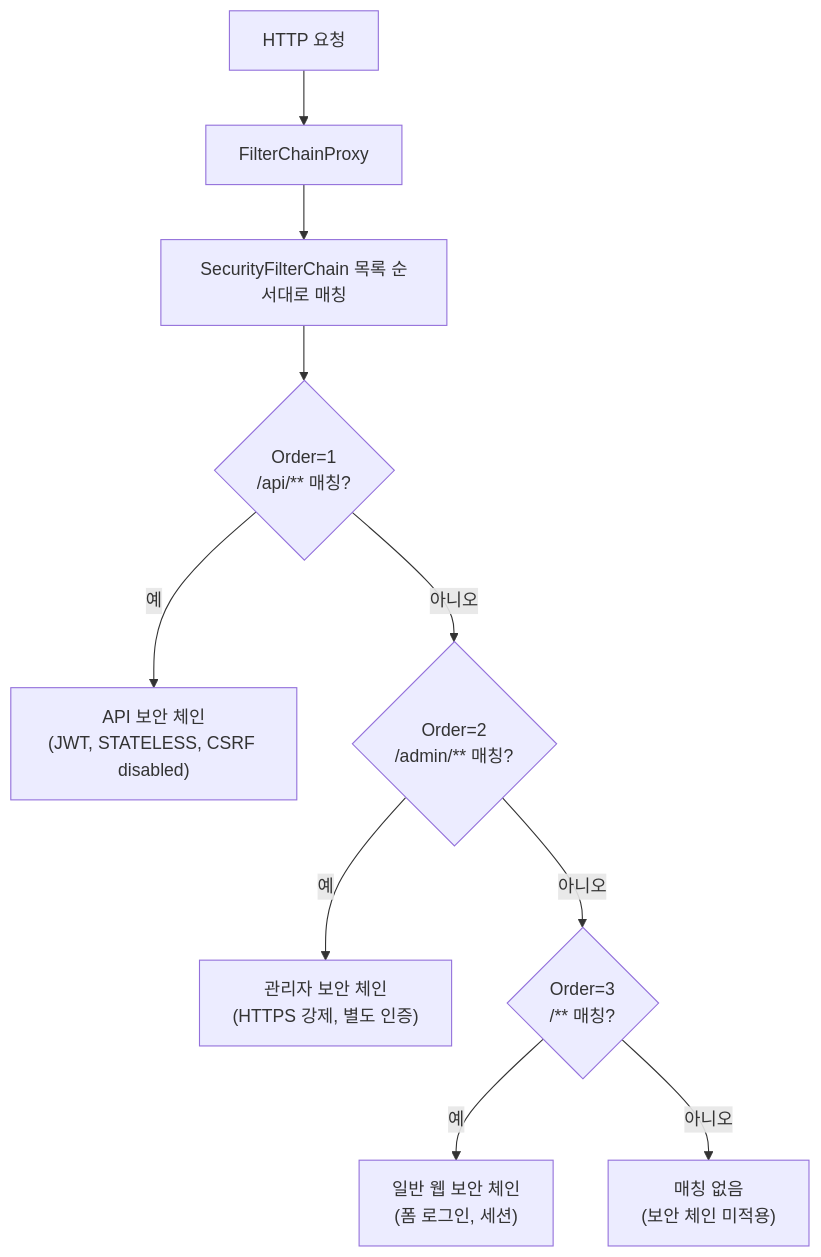
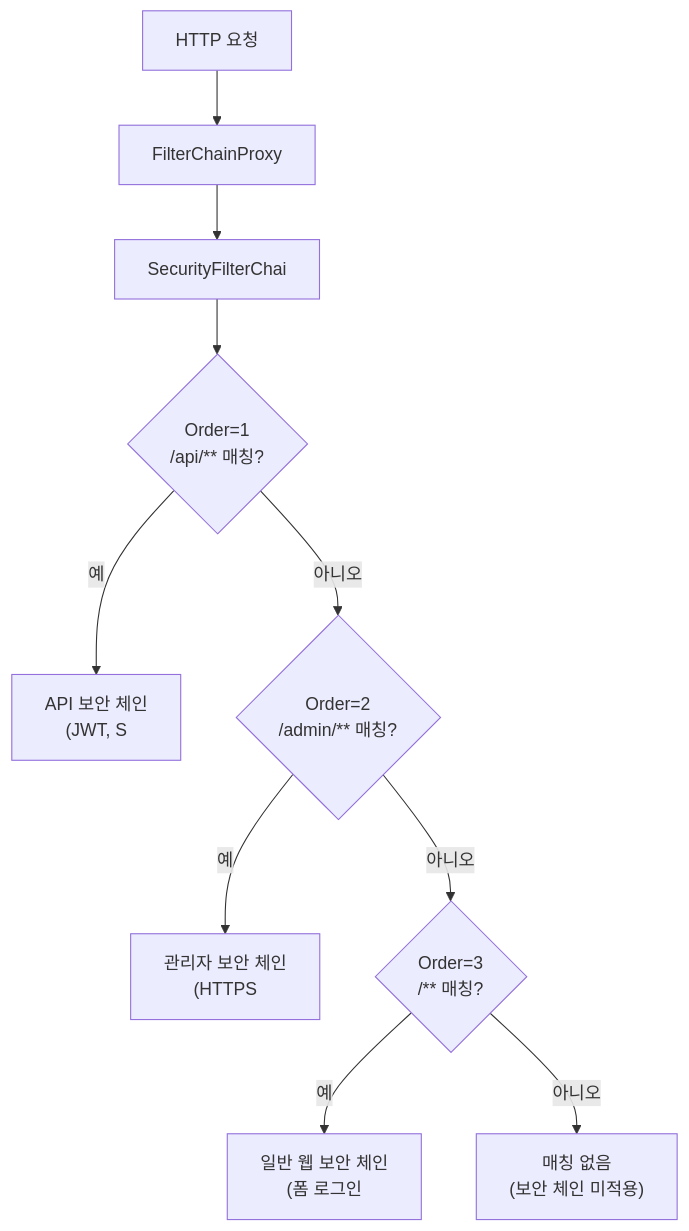
Before and after one commit to yjkim2015/yjkim2015.github.io: the first of 2 diagrams in _posts/security/2021-05-22-필터 초기화와 다중 보안 설정.md, drawn with Mermaid. The commit also changed other lines of this file and 271 other files, not shown here.

First line of the commit message:
Mermaid 라벨 축소: 긴 노드 텍스트 18자 이하로 트림 + \n 제거

````diff
--- a/_posts/security/2021-05-22-필터 초기화와 다중 보안 설정.md
+++ b/_posts/security/2021-05-22-필터 초기화와 다중 보안 설정.md
@@ -26,12 +26,12 @@
 ```mermaid
 flowchart TD
     A["HTTP 요청"] --> B["FilterChainProxy"]
-    B --> C["SecurityFilterChain 목록 순서대로 매칭"]
+    B --> C["SecurityFilterChai"]
     C --> D{"Order=1\n/api/** 매칭?"}
-    D -- "예" --> E["API 보안 체인\n(JWT, STATELESS, CSRF disabled)"]
+    D -- "예" --> E["API 보안 체인\n(JWT, S"]
     D -- "아니오" --> F{"Order=2\n/admin/** 매칭?"}
-    F -- "예" --> G["관리자 보안 체인\n(HTTPS 강제, 별도 인증)"]
+    F -- "예" --> G["관리자 보안 체인\n(HTTPS"]
     F -- "아니오" --> H{"Order=3\n/** 매칭?"}
-    H -- "예" --> I["일반 웹 보안 체인\n(폼 로그인, 세션)"]
+    H -- "예" --> I["일반 웹 보안 체인\n(폼 로그인"]
     H -- "아니오" --> J["매칭 없음\n(보안 체인 미적용)"]
 ```
````
